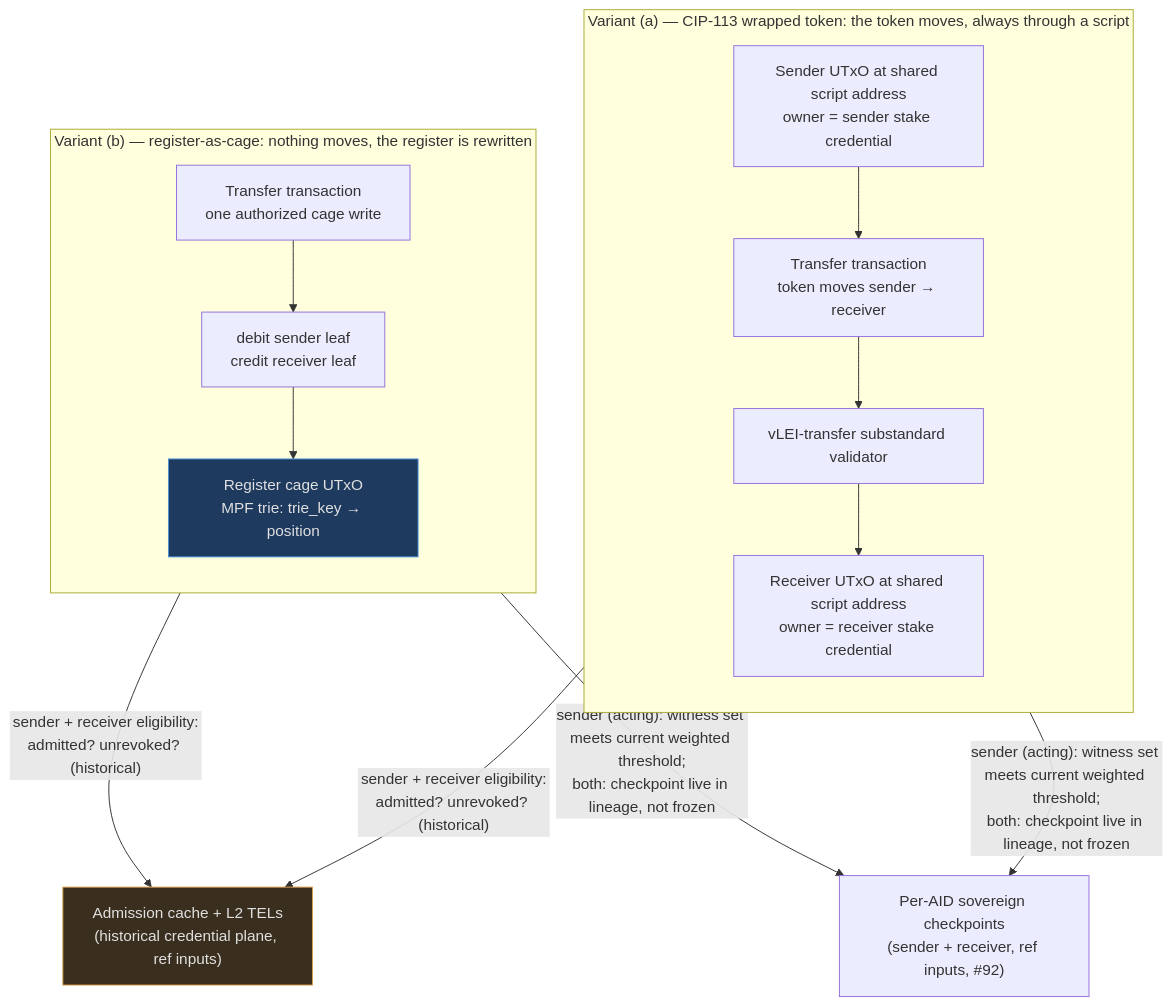
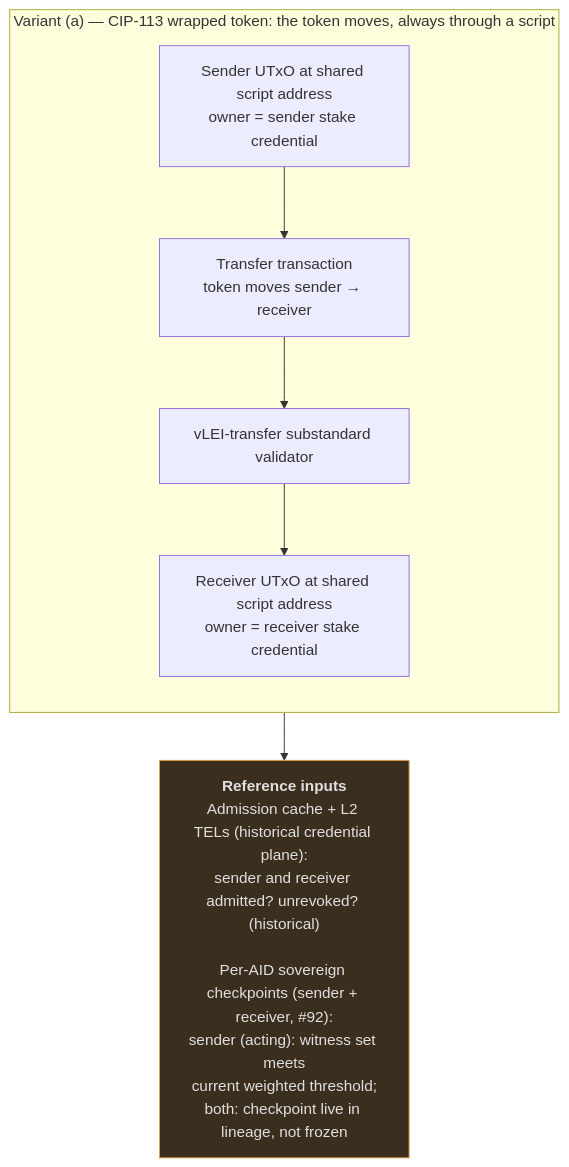
One commit to lambdasistemi/cardano-keri changed the first of 2 diagrams in docs/design/business-cases/security-tokens.md. Above: the diagram before and after it, drawn with Mermaid. The commit also changed 3 other files, not shown here.

Commit message:
docs: fit diagrams to the reading column (wrapped labels, top-to-bottom fallback, wider column) and fix label collisions

````diff
--- a/docs/design/business-cases/security-tokens.md
+++ b/docs/design/business-cases/security-tokens.md
@@ -199,29 +199,15 @@
 ```mermaid
 flowchart TB
     subgraph VA["Variant (a) — CIP-113 wrapped token: the token moves, always through a script"]
         direction TB
         SU["Sender UTxO at shared script address<br/>owner = sender stake credential"]
         TXA["Transfer transaction<br/>token moves sender → receiver"]
         SV["vLEI-transfer substandard validator"]
         RU["Receiver UTxO at shared script address<br/>owner = receiver stake credential"]
         SU --> TXA --> SV --> RU
     end
+    REFS["<b>Reference inputs</b><br/>Admission cache + L2 TELs (historical credential plane):<br/>sender and receiver admitted? unrevoked? (historical)<br/><br/>Per-AID sovereign checkpoints (sender + receiver, #92):<br/>sender (acting): witness set meets<br/>current weighted threshold#59;<br/>both: checkpoint live in lineage, not frozen"]
+    VA --> REFS
 
-    subgraph VB["Variant (b) — register-as-cage: nothing moves, the register is rewritten"]
-        direction TB
-        TXB["Transfer transaction<br/>one authorized cage write"]
-        W["debit sender leaf<br/>credit receiver leaf"]
-        CG["Register cage UTxO<br/>MPF trie: trie_key → position"]
-        TXB --> W --> CG
-    end
-
-    REGS["Admission cache + L2 TELs<br/>(historical credential plane, ref inputs)"]
-    CHK["Per-AID sovereign checkpoints<br/>(sender + receiver, ref inputs, #92)"]
-    SV -->|"sender + receiver eligibility:<br/>admitted? unrevoked? (historical)"| REGS
-    SV -->|"sender (acting): witness set meets current weighted threshold;<br/>both: checkpoint live in lineage, not frozen"| CHK
-    TXB -->|"sender + receiver eligibility:<br/>admitted? unrevoked? (historical)"| REGS
-    TXB -->|"sender (acting): witness set meets current weighted threshold;<br/>both: checkpoint live in lineage, not frozen"| CHK
-
-    style CG fill:#1e3a5f,stroke:#4a90d9,color:#e0e0e0
-    style REGS fill:#3a2f1e,stroke:#d9a04a,color:#e0e0e0
+    style REFS fill:#3a2f1e,stroke:#d9a04a,color:#e0e0e0
 ```
````
